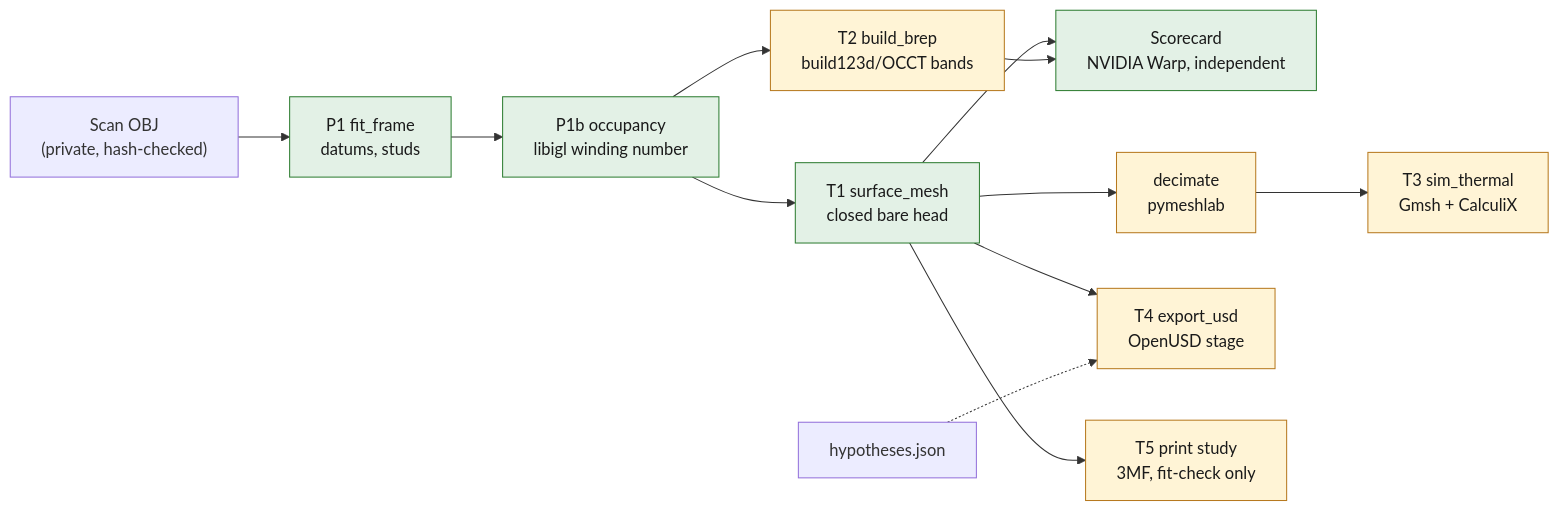
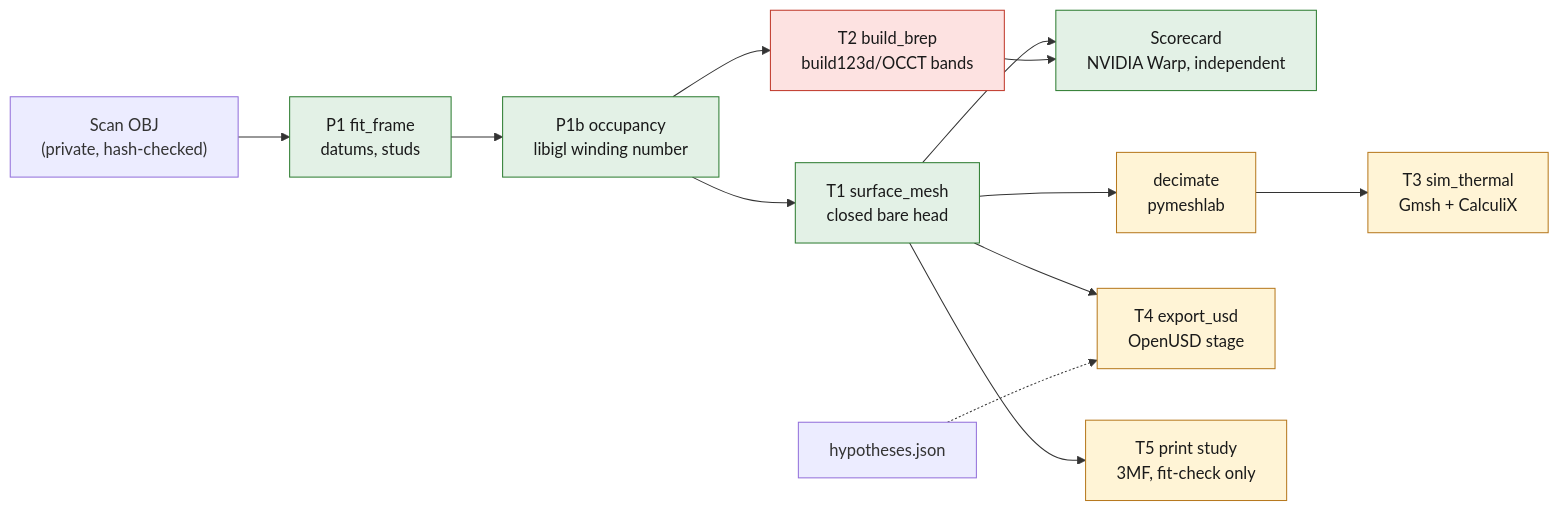
Before and after one commit to cluster2600/porscheparts: the third of 4 diagrams in twins/935-cylinder-head-cad-twin/README.md, drawn with Mermaid. The commit also changed other lines of this file and 11 other files, not shown here.

First line of the commit message:
935 head CAD twin: snap, simulation surface, renders, thermal attempt, diagrams

````diff
--- a/twins/935-cylinder-head-cad-twin/README.md
+++ b/twins/935-cylinder-head-cad-twin/README.md
@@ -30,18 +68,20 @@
 ```mermaid
 flowchart LR
   S["Scan OBJ<br/>(private, hash-checked)"] --> F["P1 fit_frame<br/>datums, studs"]
   F --> O["P1b occupancy<br/>libigl winding number"]
   O --> T1["T1 surface_mesh<br/>closed bare head"]
   O --> T2["T2 build_brep<br/>build123d/OCCT bands"]
   T1 --> SC["Scorecard<br/>NVIDIA Warp, independent"]
   T2 --> SC
   T1 --> D["decimate<br/>pymeshlab"]
   D --> TH["T3 sim_thermal<br/>Gmsh + CalculiX"]
   T1 --> U["T4 export_usd<br/>OpenUSD stage"]
   T1 --> P["T5 print study<br/>3MF, fit-check only"]
   H["hypotheses.json"] -.-> U
   classDef ok fill:#e3f1e6,stroke:#2e7d32,color:#1a1a1a;
   classDef open fill:#fff4d6,stroke:#b7791f,color:#1a1a1a;
+  classDef stop fill:#fde2e1,stroke:#c0392b,color:#1a1a1a;
   class F,O,T1,SC ok;
-  class T2,D,TH,U,P open;
+  class D,TH,U,P open;
+  class T2 stop;
 ```
````
